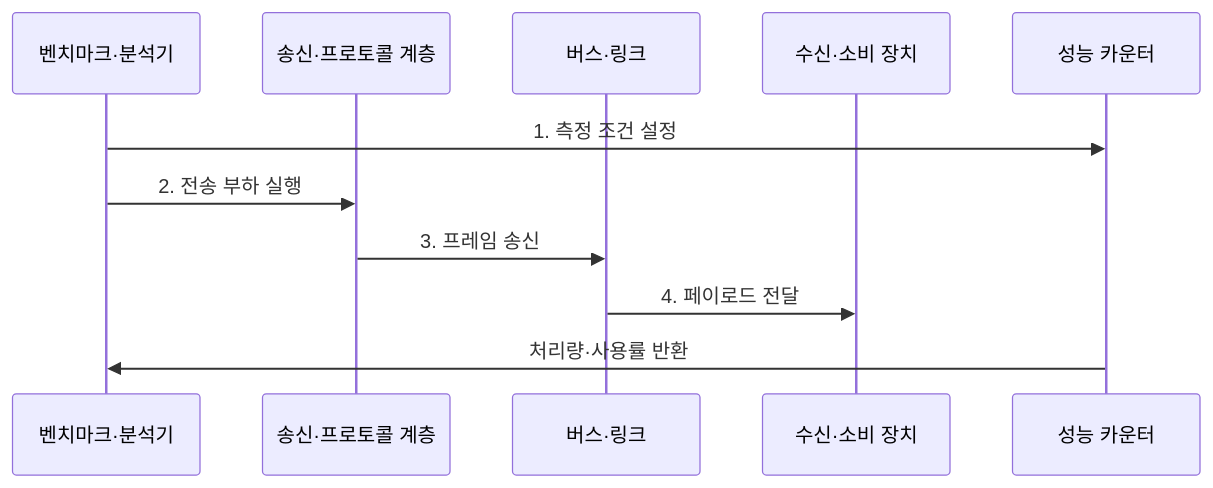
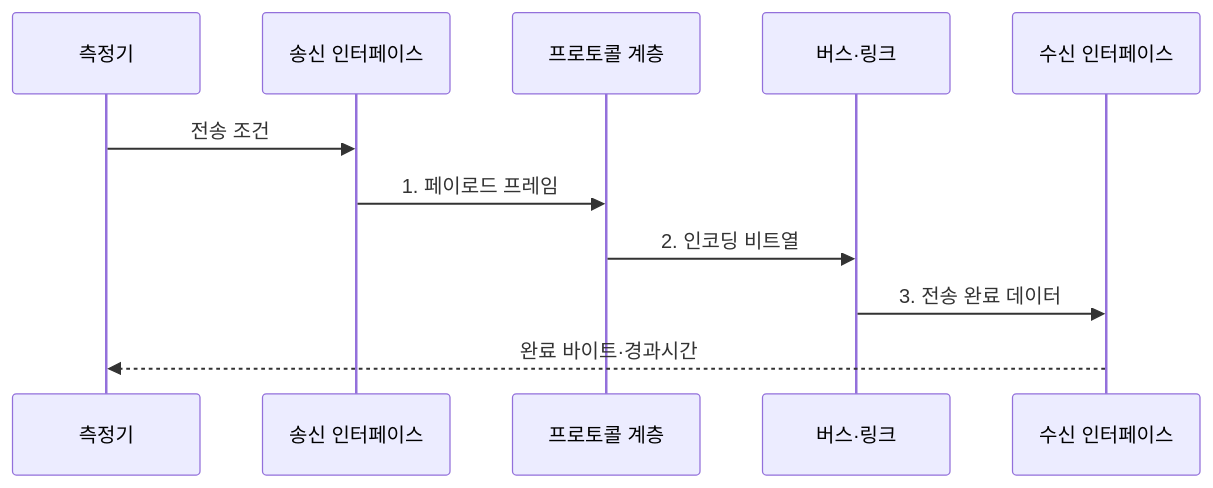
One commit to agnusdei1207/knowledge-base changed the second of 2 diagrams in src/content/docs/notes/02-hardware/076_bus_bandwidth.md. Above: the diagram before and after it, drawn with Mermaid. The commit also changed other lines of this file and 20 other files, not shown here.

````diff
--- a/src/content/docs/notes/02-hardware/076_bus_bandwidth.md
+++ b/src/content/docs/notes/02-hardware/076_bus_bandwidth.md
@@ -92,14 +98,14 @@
 ```mermaid
 sequenceDiagram
-    participant B as 벤치마크·분석기
-    participant S as 송신·프로토콜 계층
+    participant M as 측정기
+    participant S as 송신 인터페이스
+    participant P as 프로토콜 계층
     participant L as 버스·링크
-    participant R as 수신·소비 장치
-    participant M as 성능 카운터
+    participant R as 수신 인터페이스
 
-    B->>M: 1. 측정 조건 설정
-    B->>S: 2. 전송 부하 실행
-    S->>L: 3. 프레임 송신
-    L->>R: 4. 페이로드 전달
-    M->>B: 처리량·사용률 반환
+    M->>S: 전송 조건
+    S->>P: 1. 페이로드 프레임
+    P->>L: 2. 인코딩 비트열
+    L->>R: 3. 전송 완료 데이터
+    R-->>M: 완료 바이트·경과시간
 ```
````
